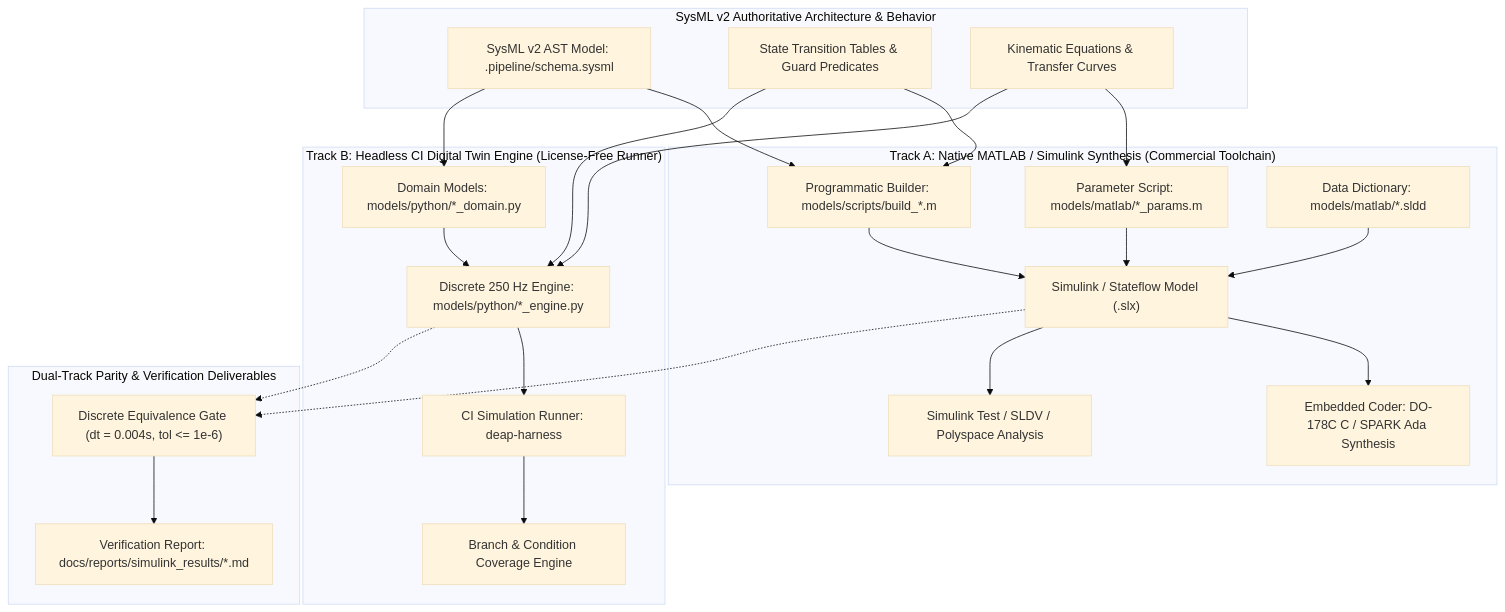
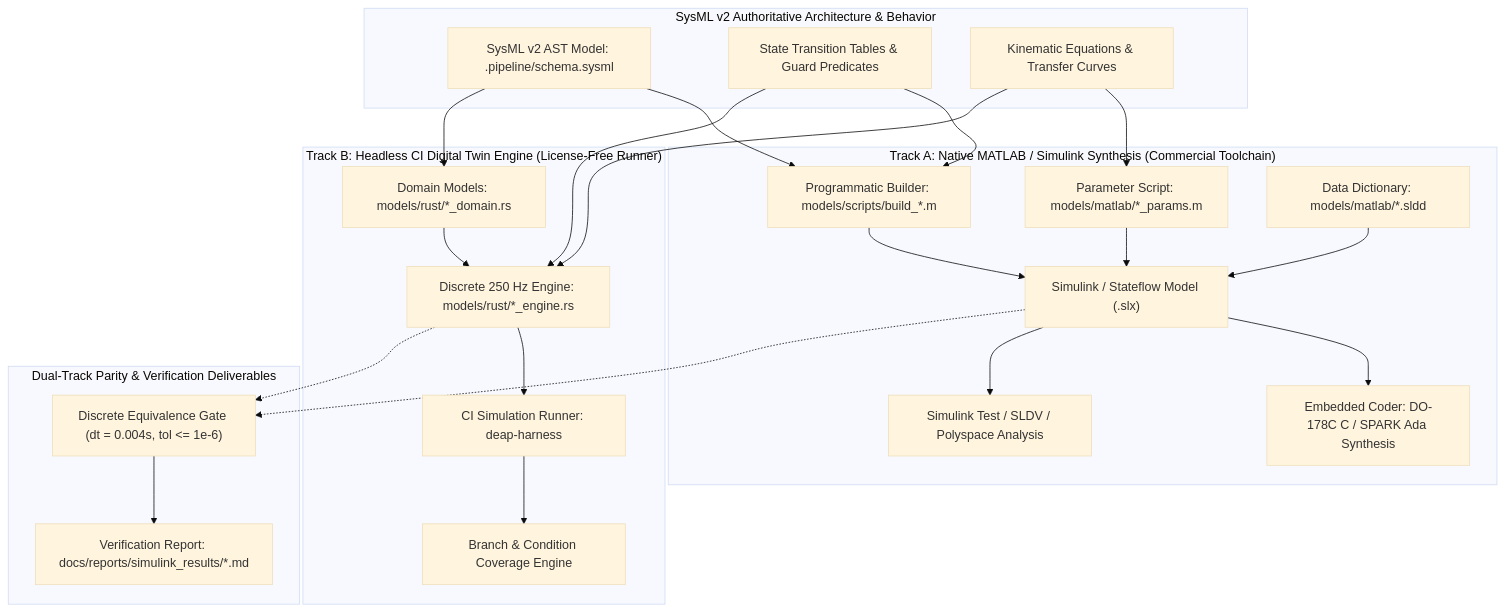
Before and after one commit to gintatkinson/DEAP01-spec-core: the second of 2 diagrams in docs/architecture/blueprints/SYSML_SSOT_BIDIRECTIONAL_SYNCHRONIZATION_ARCHITECTURE.md, drawn with Mermaid (base theme). The commit also changed other lines of this file and 162 other files, not shown here.

Commit message:
feat(verify-baseline,compile-sysml,ingest-sysml,deap-core): enforce Check 36 per-item 7-section docstring gate, Check 33 zero-Python content scanner, FEAT-42 source AST ingestion and docstring synthesizer, and 12-check defect dossier validator (refs #465, #466, #467, #468, #469)

````diff
--- a/docs/architecture/blueprints/SYSML_SSOT_BIDIRECTIONAL_SYNCHRONIZATION_ARCHITECTURE.md
+++ b/docs/architecture/blueprints/SYSML_SSOT_BIDIRECTIONAL_SYNCHRONIZATION_ARCHITECTURE.md
@@ -226,50 +226,50 @@
 ```mermaid
 flowchart TD
     subgraph SSOT["SysML v2 Authoritative Architecture & Behavior"]
         AST["SysML v2 AST Model: .pipeline/schema.sysml"]
         FSM_SPEC["State Transition Tables & Guard Predicates"]
         DYN_SPEC["Kinematic Equations & Transfer Curves"]
     end
 
     subgraph TrackA["Track A: Native MATLAB / Simulink Synthesis (Commercial Toolchain)"]
         BUILD_M["Programmatic Builder: models/scripts/build_*.m"]
         PARAMS_M["Parameter Script: models/matlab/*_params.m"]
         SLDD_DATA["Data Dictionary: models/matlab/*.sldd"]
         SLX_MODEL["Simulink / Stateflow Model (.slx)"]
         EMBEDDED_CODER["Embedded Coder: DO-178C C / SPARK Ada Synthesis"]
         SLDV_COV["Simulink Test / SLDV / Polyspace Analysis"]
     end
 
     subgraph TrackB["Track B: Headless CI Digital Twin Engine (License-Free Runner)"]
-        PY_DOMAIN["Domain Models: models/python/*_domain.py"]
-        PY_ENGINE["Discrete 250 Hz Engine: models/python/*_engine.py"]
+        RS_DOMAIN["Domain Models: models/rust/*_domain.rs"]
+        RS_ENGINE["Discrete 250 Hz Engine: models/rust/*_engine.rs"]
         SIM_HARNESS["CI Simulation Runner: deap-harness"]
-        PY_COV["Branch & Condition Coverage Engine"]
+        RS_COV["Branch & Condition Coverage Engine"]
     end
 
     subgraph ParityGate["Dual-Track Parity & Verification Deliverables"]
         EQUIV["Discrete Equivalence Gate (dt = 0.004s, tol <= 1e-6)"]
         REPORT["Verification Report: docs/reports/simulink_results/*.md"]
     end
 
     AST --> BUILD_M
-    AST --> PY_DOMAIN
+    AST --> RS_DOMAIN
     FSM_SPEC --> BUILD_M
-    FSM_SPEC --> PY_ENGINE
+    FSM_SPEC --> RS_ENGINE
     DYN_SPEC --> PARAMS_M
-    DYN_SPEC --> PY_ENGINE
+    DYN_SPEC --> RS_ENGINE
 
     BUILD_M --> SLX_MODEL
     PARAMS_M --> SLX_MODEL
     SLDD_DATA --> SLX_MODEL
     SLX_MODEL --> EMBEDDED_CODER
     SLX_MODEL --> SLDV_COV
 
-    PY_DOMAIN --> PY_ENGINE
-    PY_ENGINE --> SIM_HARNESS
-    SIM_HARNESS --> PY_COV
+    RS_DOMAIN --> RS_ENGINE
+    RS_ENGINE --> SIM_HARNESS
+    SIM_HARNESS --> RS_COV
 
     SLX_MODEL -.-> EQUIV
-    PY_ENGINE -.-> EQUIV
+    RS_ENGINE -.-> EQUIV
     EQUIV --> REPORT
 ```
````
